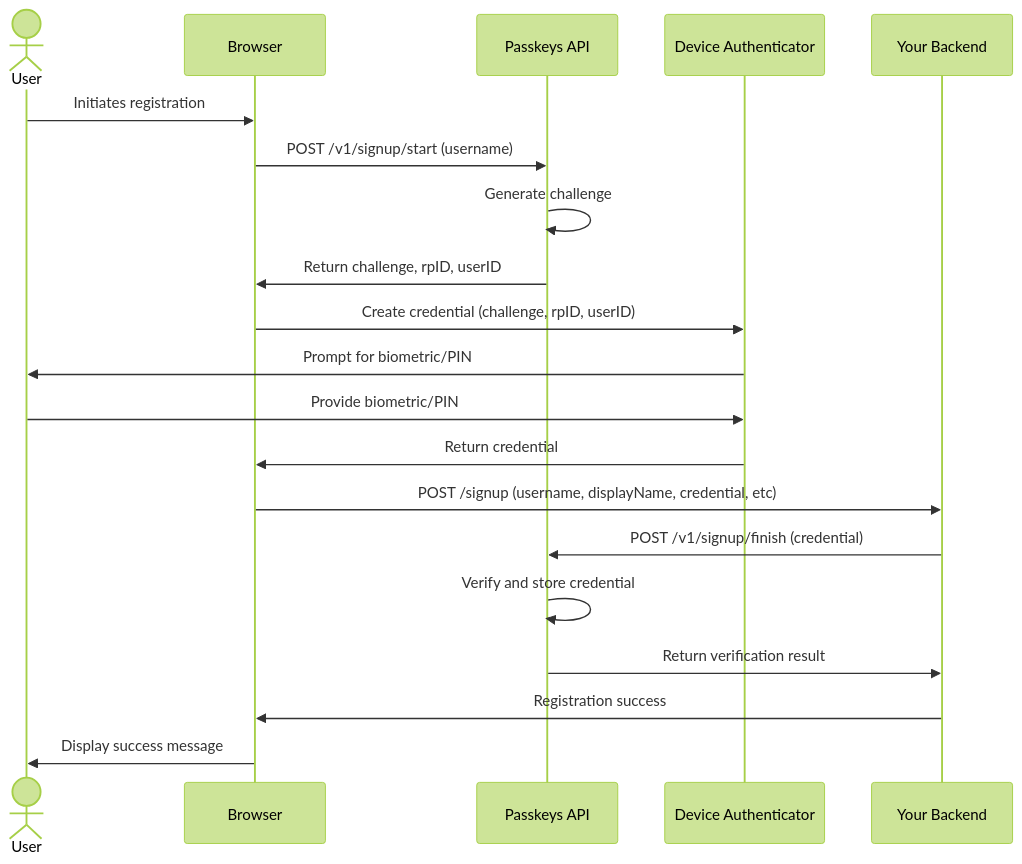
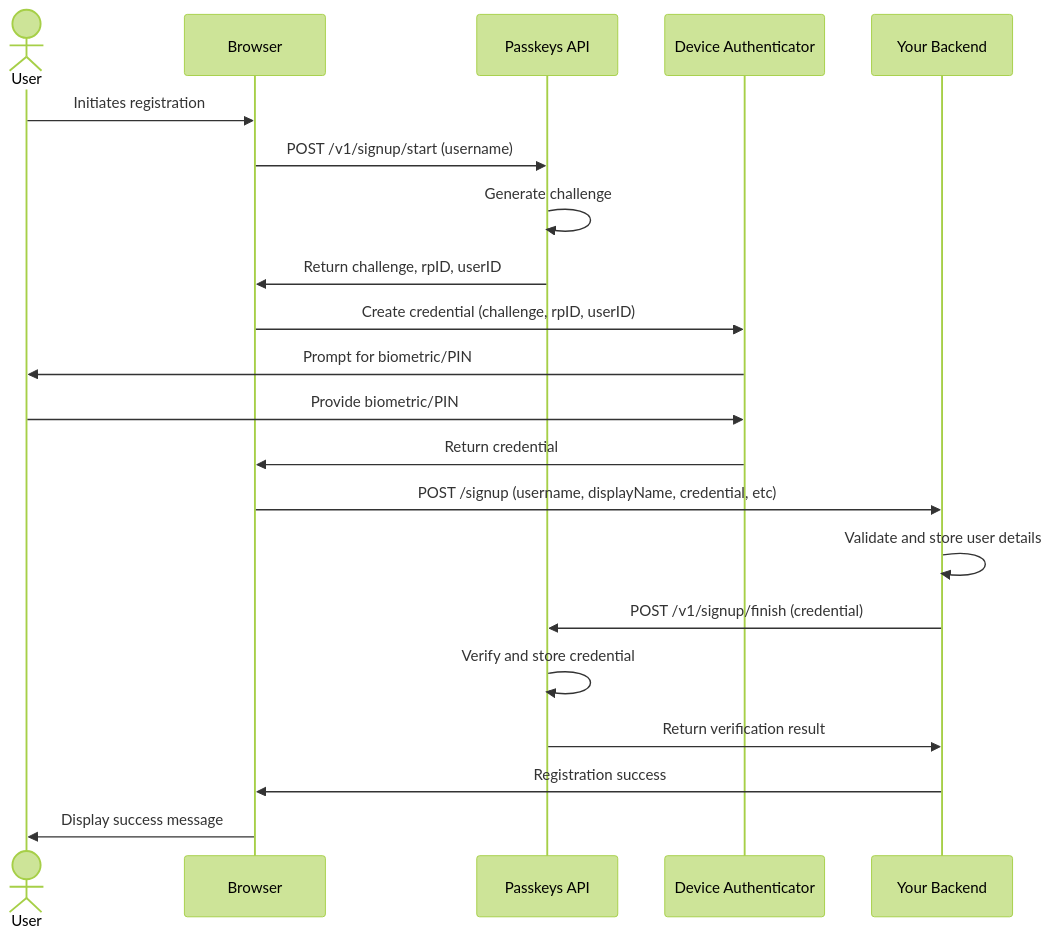
Before and after one commit to helioauth/passkeys-api: the diagram in docs/signup-diagram.mmd, drawn with Mermaid (forest theme).

Commit message:
Update signup-diagram to include backend validation step

```diff
--- a/docs/signup-diagram.mmd
+++ b/docs/signup-diagram.mmd
@@ -1,21 +1,22 @@
 sequenceDiagram
     actor User
     participant Browser
     participant PasskeyAPI as Passkeys API
     participant Authenticator as Device Authenticator
     participant Backend as Your Backend
 
     User->>Browser: Initiates registration
     Browser->>PasskeyAPI: POST /v1/signup/start (username)
     PasskeyAPI->>PasskeyAPI: Generate challenge
     PasskeyAPI->>Browser: Return challenge, rpID, userID
     Browser->>Authenticator: Create credential (challenge, rpID, userID)
     Authenticator->>User: Prompt for biometric/PIN
     User->>Authenticator: Provide biometric/PIN
     Authenticator->>Browser: Return credential
     Browser->>Backend: POST /signup (username, displayName, credential, etc)
+    Backend->>Backend: Validate and store user details
     Backend->>PasskeyAPI: POST /v1/signup/finish (credential)
     PasskeyAPI->>PasskeyAPI: Verify and store credential
     PasskeyAPI->>Backend: Return verification result
     Backend->>Browser: Registration success
     Browser->>User: Display success message
```
